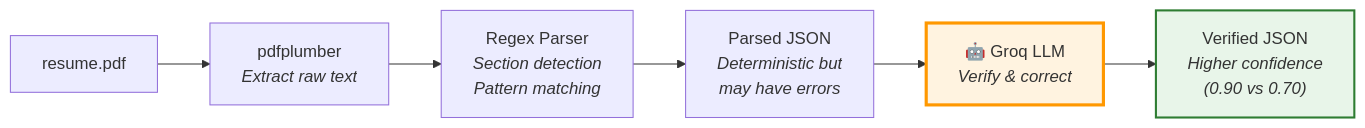
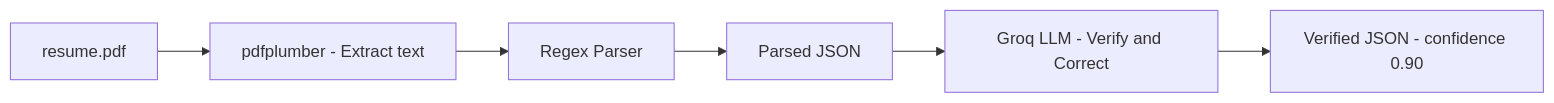
The fourth of 6 diagrams in README.md (sushantkumar143/Multi-source-Candidate-Profile-Transformer), drawn with Mermaid before and after one commit. The commit also changed other lines of this file, not shown here.

Commit message:
fix: remove CDATA wrapper and HTML in Mermaid labels breaking GitHub rendering

````diff
--- a/README.md
+++ b/README.md
@@ -440,11 +446,8 @@
 ```mermaid
 flowchart LR
-    PDF["resume.pdf"] --> PDFPLUMBER["pdfplumber<br/><i>Extract raw text</i>"]
-    PDFPLUMBER --> REGEX["Regex Parser<br/><i>Section detection<br/>Pattern matching</i>"]
-    REGEX --> PARSED["Parsed JSON<br/><i>Deterministic but<br/>may have errors</i>"]
-    PARSED --> LLM["🤖 Groq LLM<br/><i>Verify & correct</i>"]
-    LLM --> VERIFIED["Verified JSON<br/><i>Higher confidence<br/>(0.90 vs 0.70)</i>"]
-
-    style LLM fill:#FFF3E0,stroke:#FF9800,stroke-width:3px
-    style VERIFIED fill:#E8F5E9,stroke:#2E7D32,stroke-width:2px
+    PDF["resume.pdf"] --> PDFPLUMBER["pdfplumber - Extract text"]
+    PDFPLUMBER --> REGEX["Regex Parser"]
+    REGEX --> PARSED["Parsed JSON"]
+    PARSED --> LLM["Groq LLM - Verify and Correct"]
+    LLM --> VERIFIED["Verified JSON - confidence 0.90"]
 ```
````
